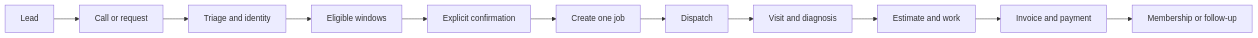
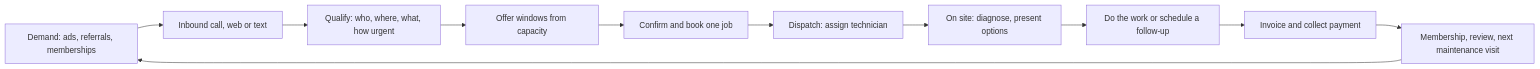
The diagram in docs/whitepaper/03-how-a-contractor-works.md (sp7412/onboarding), drawn with Mermaid before and after one commit. The commit also changed other lines of this file and 10 other files, not shown here.

````diff
--- a/docs/whitepaper/03-how-a-contractor-works.md
+++ b/docs/whitepaper/03-how-a-contractor-works.md
@@ -17,13 +24,13 @@
 ```mermaid
 flowchart LR
-    A[Lead] --> B[Call or request]
-    B --> C[Triage and identity]
-    C --> D[Eligible windows]
-    D --> E[Explicit confirmation]
-    E --> F[Create one job]
-    F --> G[Dispatch]
-    G --> H[Visit and diagnosis]
-    H --> I[Estimate and work]
-    I --> J[Invoice and payment]
-    J --> K[Membership or follow-up]
+    A[Demand: ads, referrals, memberships] --> B[Inbound call, web or text]
+    B --> C[Qualify: who, where, what, how urgent]
+    C --> D[Offer windows from capacity]
+    D --> E[Confirm and book one job]
+    E --> F[Dispatch: assign technician]
+    F --> G[On site: diagnose, present options]
+    G --> H[Do the work or schedule a follow-up]
+    H --> I[Invoice and collect payment]
+    I --> J[Membership, review, next maintenance visit]
+    J --> A
 ```
````
